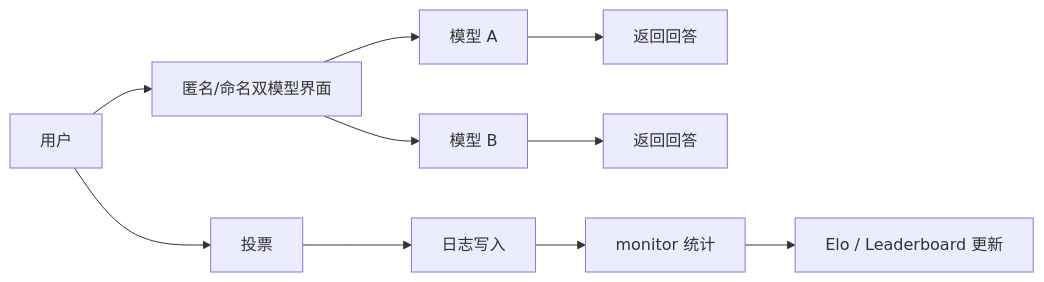
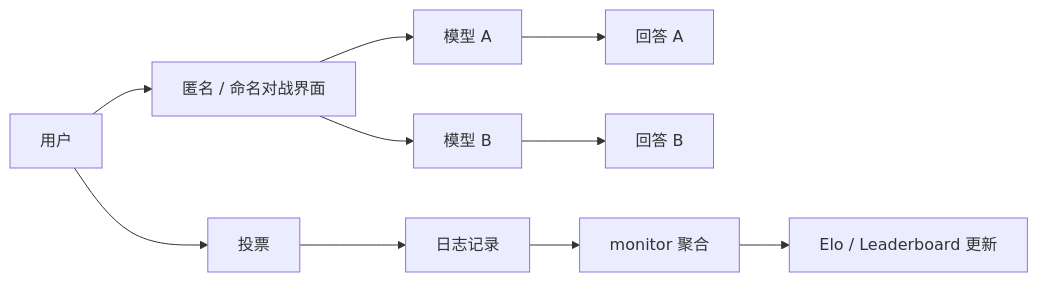
Before and after one commit to Jashinck/StartModels: the fourth of 5 diagrams in docs/fastchat_architecture_and_eval.md, drawn with Mermaid. The commit also changed other lines of this file, not shown here.

Commit message:
Update fastchat_architecture_and_eval.md with new content

````diff
--- a/docs/fastchat_architecture_and_eval.md
+++ b/docs/fastchat_architecture_and_eval.md
@@ -151,12 +215,12 @@
 ```mermaid
 flowchart LR
-    U[用户] --> A1[匿名/命名双模型界面]
-    A1 --> M1[模型 A]
-    A1 --> M2[模型 B]
-    M1 --> R1[返回回答]
-    M2 --> R2[返回回答]
+    U[用户] --> UI[匿名 / 命名对战界面]
+    UI --> M1[模型 A]
+    UI --> M2[模型 B]
+    M1 --> R1[回答 A]
+    M2 --> R2[回答 B]
     U --> V[投票]
-    V --> L[日志写入]
-    L --> S[monitor 统计]
+    V --> L[日志记录]
+    L --> S[monitor 聚合]
     S --> E[Elo / Leaderboard 更新]
 ```
````
